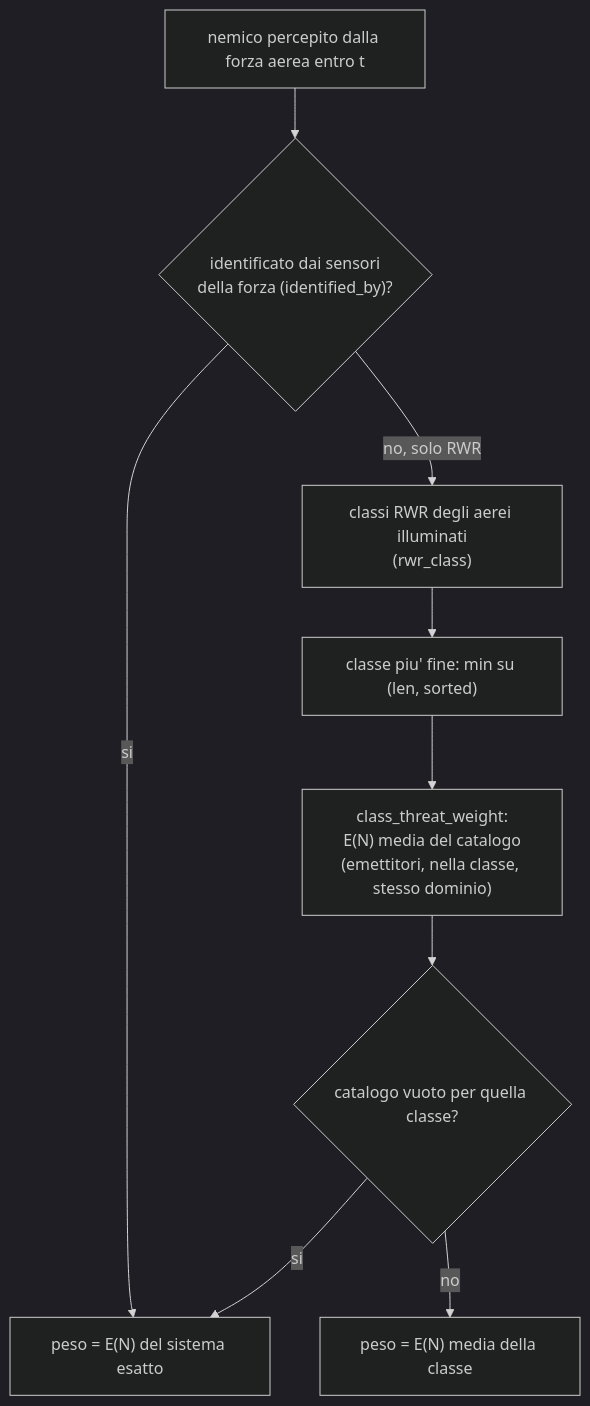
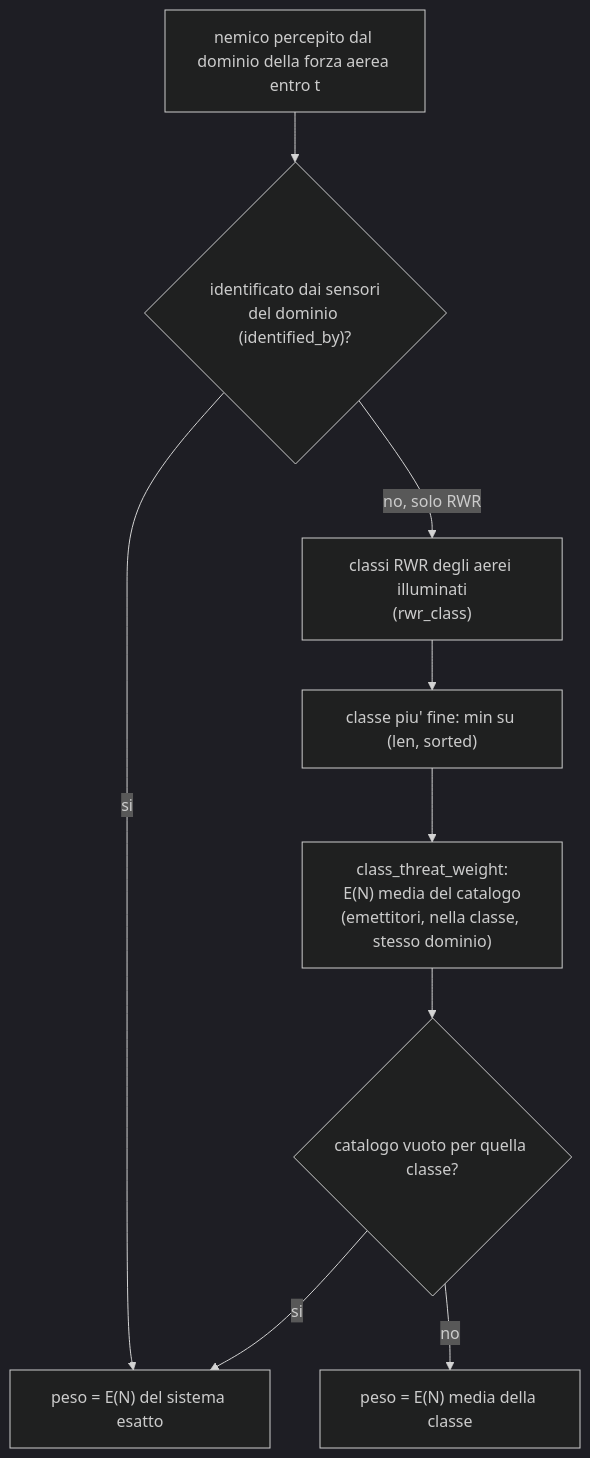
One commit to MakusIV/Warfare-Model changed the tenth of 17 diagrams in Analysis/Document/Manuale_Motore_DES/05_Strato2_Risolutore_Ingaggio.md. Above: the diagram before and after it, drawn with Mermaid (dark theme). The commit also changed other lines of this file and 11 other files, not shown here.

````diff
--- a/Analysis/Document/Manuale_Motore_DES/05_Strato2_Risolutore_Ingaggio.md
+++ b/Analysis/Document/Manuale_Motore_DES/05_Strato2_Risolutore_Ingaggio.md
@@ -1365,11 +1508,11 @@
 ```mermaid
 flowchart TD
-    A["nemico percepito dalla forza aerea entro t"] --> B{"identificato dai sensori<br/>della forza (identified_by)?"}
+    A["nemico percepito dal dominio della forza aerea entro t"] --> B{"identificato dai sensori<br/>del dominio (identified_by)?"}
     B -->|si| X["peso = E(N) del sistema esatto"]
     B -->|no, solo RWR| C["classi RWR degli aerei illuminati<br/>(rwr_class)"]
     C --> D["classe piu' fine: min su (len, sorted)"]
     D --> E["class_threat_weight:<br/>E(N) media del catalogo<br/>(emettitori, nella classe, stesso dominio)"]
     E --> F{"catalogo vuoto per quella classe?"}
     F -->|si| X
     F -->|no| Y["peso = E(N) media della classe"]
 ```
````
